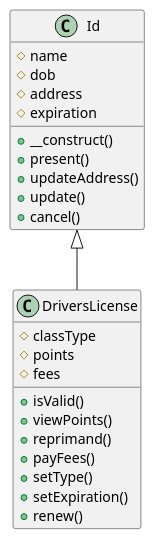
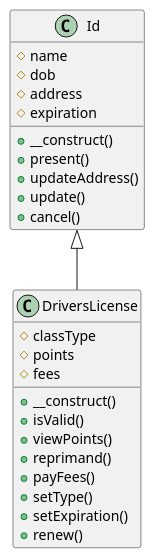
Before and after one commit to ngyvc/block3-adv-web: the diagram in demo/objects-inheritance.puml, drawn with PlantUML.

```diff
--- a/demo/objects-inheritance.puml
+++ b/demo/objects-inheritance.puml
@@ -1,27 +1,28 @@
 @startuml
 class Id {
     #name
     #dob
     #address
     #expiration
     +__construct()
     +present()
     +updateAddress()
     +update()
     +cancel()
 }
 
 class DriversLicense extends Id {
     #classType
     #points
     #fees
+    +__construct()
     +isValid()
     +viewPoints()
     +reprimand()
     +payFees()
     +setType()
     +setExpiration()
     +renew()
 }
 
 @enduml
```
